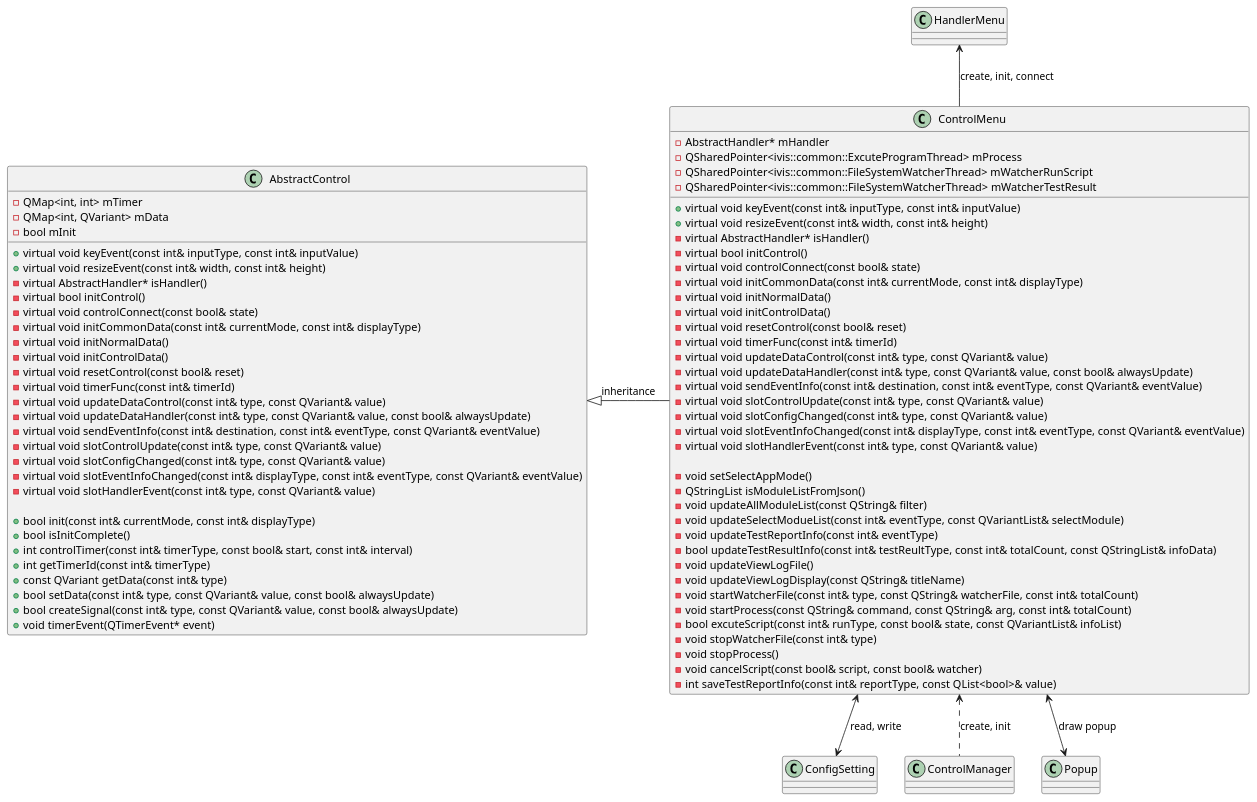
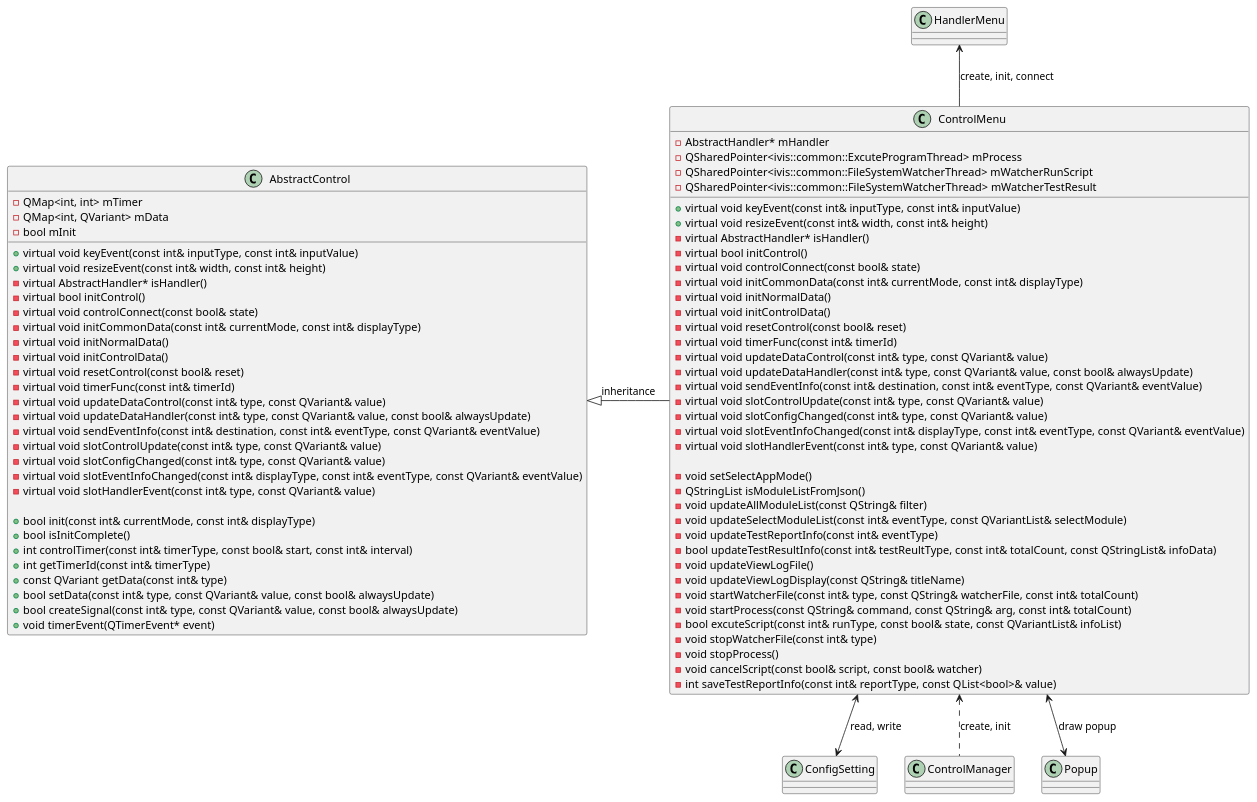
One commit to rlarudgh1997/Application changed the diagram in Diagram/020_Menu/ClassDiagram_MenuControl.plantuml. Above: the diagram before and after it, drawn with PlantUML. The commit also changed 25 other files, not shown here.

```diff
--- a/Diagram/020_Menu/ClassDiagram_MenuControl.plantuml
+++ b/Diagram/020_Menu/ClassDiagram_MenuControl.plantuml
@@ -1,87 +1,87 @@
 @startuml
 
 ' AbstractControl 클래스 정의
 class AbstractControl {
     +virtual void keyEvent(const int& inputType, const int& inputValue)
     +virtual void resizeEvent(const int& width, const int& height)
     -virtual AbstractHandler* isHandler()
     -virtual bool initControl()
     -virtual void controlConnect(const bool& state)
     -virtual void initCommonData(const int& currentMode, const int& displayType)
     -virtual void initNormalData()
     -virtual void initControlData()
     -virtual void resetControl(const bool& reset)
     -virtual void timerFunc(const int& timerId)
     -virtual void updateDataControl(const int& type, const QVariant& value)
     -virtual void updateDataHandler(const int& type, const QVariant& value, const bool& alwaysUpdate)
     -virtual void sendEventInfo(const int& destination, const int& eventType, const QVariant& eventValue)
     -virtual void slotControlUpdate(const int& type, const QVariant& value)
     -virtual void slotConfigChanged(const int& type, const QVariant& value)
     -virtual void slotEventInfoChanged(const int& displayType, const int& eventType, const QVariant& eventValue)
     -virtual void slotHandlerEvent(const int& type, const QVariant& value)
 
     +bool init(const int& currentMode, const int& displayType)
     +bool isInitComplete()
     +int controlTimer(const int& timerType, const bool& start, const int& interval)
     +int getTimerId(const int& timerType)
     +const QVariant getData(const int& type)
     +bool setData(const int& type, const QVariant& value, const bool& alwaysUpdate)
     +bool createSignal(const int& type, const QVariant& value, const bool& alwaysUpdate)
     +void timerEvent(QTimerEvent* event)
 
     -QMap<int, int> mTimer
     -QMap<int, QVariant> mData
     -bool mInit
 }
 
 ' ControlMenu 클래스 정의
 class ControlMenu {
     +virtual void keyEvent(const int& inputType, const int& inputValue)
     +virtual void resizeEvent(const int& width, const int& height)
     -virtual AbstractHandler* isHandler()
     -virtual bool initControl()
     -virtual void controlConnect(const bool& state)
     -virtual void initCommonData(const int& currentMode, const int& displayType)
     -virtual void initNormalData()
     -virtual void initControlData()
     -virtual void resetControl(const bool& reset)
     -virtual void timerFunc(const int& timerId)
     -virtual void updateDataControl(const int& type, const QVariant& value)
     -virtual void updateDataHandler(const int& type, const QVariant& value, const bool& alwaysUpdate)
     -virtual void sendEventInfo(const int& destination, const int& eventType, const QVariant& eventValue)
     -virtual void slotControlUpdate(const int& type, const QVariant& value)
     -virtual void slotConfigChanged(const int& type, const QVariant& value)
     -virtual void slotEventInfoChanged(const int& displayType, const int& eventType, const QVariant& eventValue)
     -virtual void slotHandlerEvent(const int& type, const QVariant& value)
 
     -void setSelectAppMode()
     -QStringList isModuleListFromJson()
     -void updateAllModuleList(const QString& filter)
-    -void updateSelectModueList(const int& eventType, const QVariantList& selectModule)
+    -void updateSelectModuleList(const int& eventType, const QVariantList& selectModule)
     -void updateTestReportInfo(const int& eventType)
     -bool updateTestResultInfo(const int& testReultType, const int& totalCount, const QStringList& infoData)
     -void updateViewLogFile()
     -void updateViewLogDisplay(const QString& titleName)
     -void startWatcherFile(const int& type, const QString& watcherFile, const int& totalCount)
     -void startProcess(const QString& command, const QString& arg, const int& totalCount)
     -bool excuteScript(const int& runType, const bool& state, const QVariantList& infoList)
     -void stopWatcherFile(const int& type)
     -void stopProcess()
     -void cancelScript(const bool& script, const bool& watcher)
     -int saveTestReportInfo(const int& reportType, const QList<bool>& value)
 
     -AbstractHandler* mHandler
     -QSharedPointer<ivis::common::ExcuteProgramThread> mProcess
     -QSharedPointer<ivis::common::FileSystemWatcherThread> mWatcherRunScript
     -QSharedPointer<ivis::common::FileSystemWatcherThread> mWatcherTestResult
 }
 
 
 ' 클래스 간의 관계 정의
 AbstractControl <|- ControlMenu : inheritance
 HandlerMenu <-- ControlMenu : create, init, connect
 ControlMenu <--> ConfigSetting : read, write
 ControlMenu <.. ControlManager : create, init
 ControlMenu <--> Popup : draw popup
 
 @enduml
```
